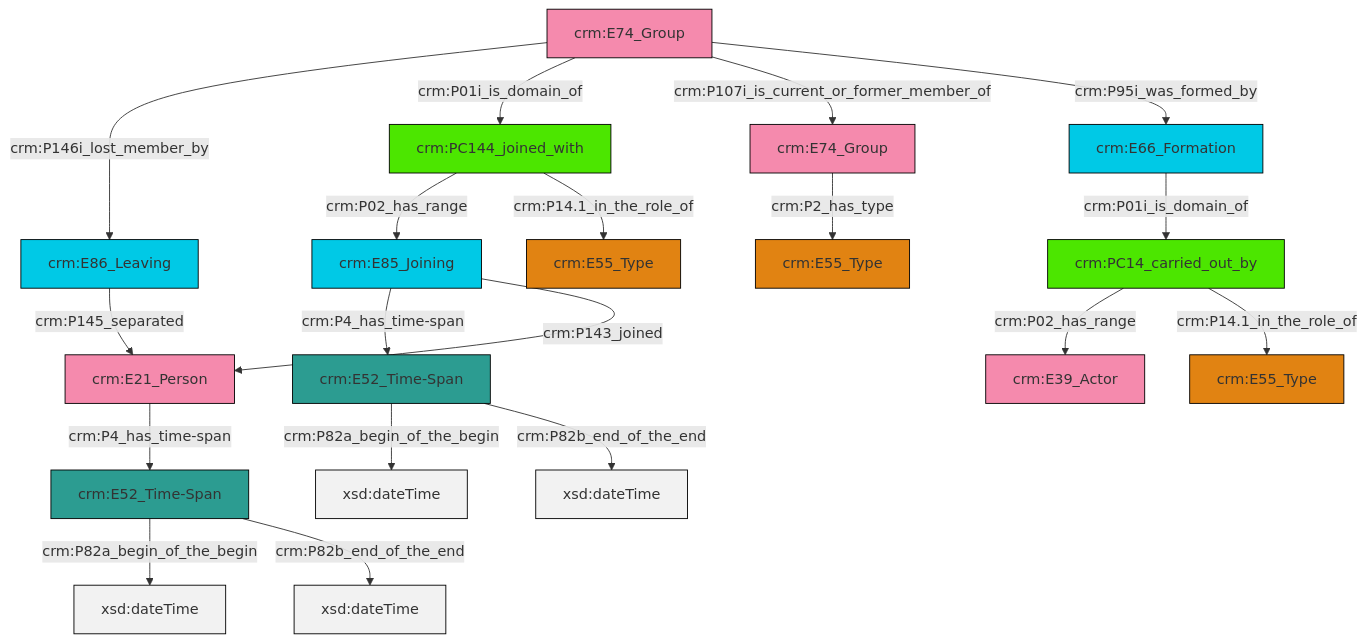
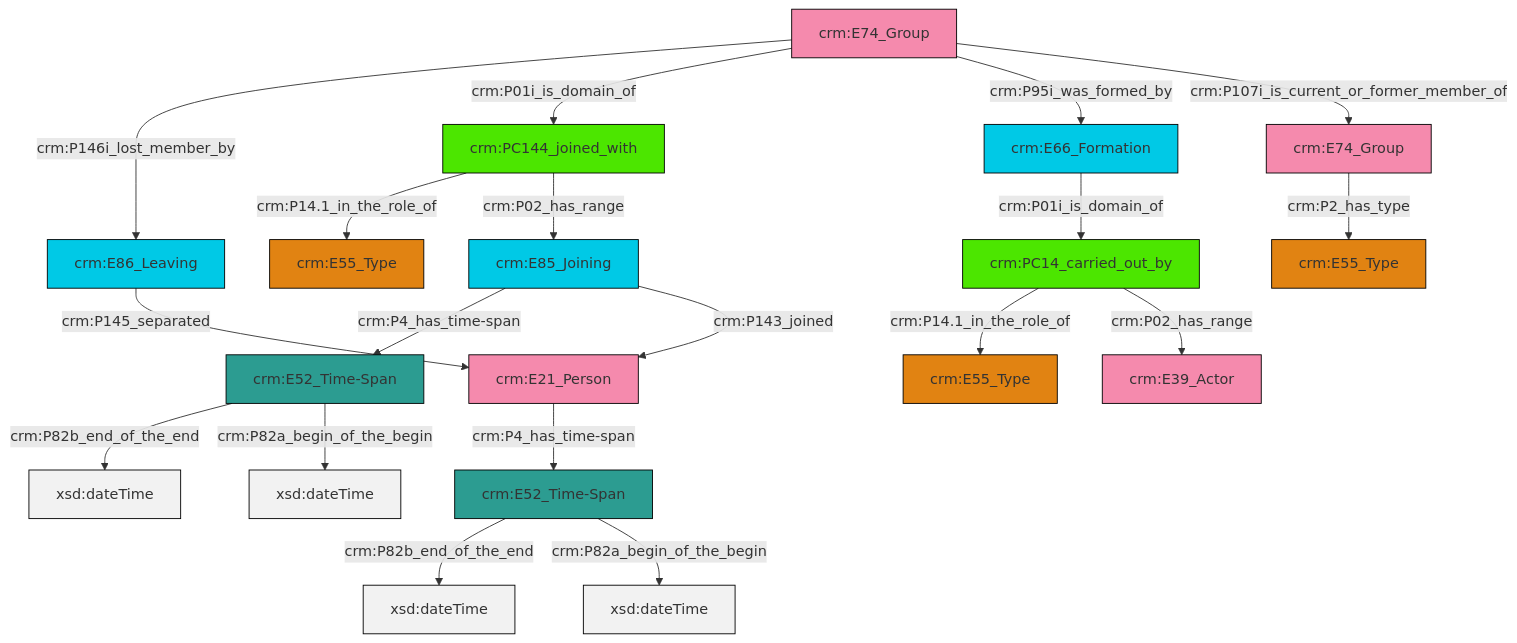
One commit to swiss-art-research-net/docs.swissartresearch changed the diagram in et/groupCSV/ttl/mmd/group_actor_relations.ttl.mmd. Above: the diagram before and after it, drawn with Mermaid. The commit also changed 204 other files, not shown here.

```diff
--- a/et/groupCSV/ttl/mmd/group_actor_relations.ttl.mmd
+++ b/et/groupCSV/ttl/mmd/group_actor_relations.ttl.mmd
@@ -1,33 +1,33 @@
 graph TD
 classDef Literal fill:#f2f2f2,stroke:#000000;
 classDef CRM_Entity fill:#FFFFFF,stroke:#000000;
 classDef Temporal_Entity fill:#00C9E6, stroke:#000000;
 classDef Type fill:#E18312, stroke:#000000;
 classDef Time-Span fill:#2C9C91, stroke:#000000;
 classDef Appellation fill:#FFEB7F, stroke:#000000;
 classDef Place fill:#008836, stroke:#000000;
 classDef Persistent_Item fill:#B266B2, stroke:#000000;
 classDef Conceptual_Object fill:#FFD700, stroke:#000000;
 classDef Physical_Thing fill:#D2B48C, stroke:#000000;
 classDef Actor fill:#f58aad, stroke:#000000;
 classDef PC_Classes fill:#4ce600, stroke:#000000;
 classDef Multi fill:#cccccc,stroke:#000000;
 
-0["crm:E52_Time-Span"]:::Time-Span -->|crm:P82a_begin_of_the_begin| 1[xsd:dateTime]:::Literal
-6["crm:PC144_joined_with"]:::PC_Classes -->|crm:P02_has_range| 7["crm:E85_Joining"]:::Temporal_Entity
-8["crm:E74_Group"]:::Actor -->|crm:P146i_lost_member_by| 9["crm:E86_Leaving"]:::Temporal_Entity
-9["crm:E86_Leaving"]:::Temporal_Entity -->|crm:P145_separated| 10["crm:E21_Person"]:::Actor
-11["crm:PC14_carried_out_by"]:::PC_Classes -->|crm:P02_has_range| 12["crm:E39_Actor"]:::Actor
-11["crm:PC14_carried_out_by"]:::PC_Classes -->|crm:P14.1_in_the_role_of| 13["crm:E55_Type"]:::Type
-16["crm:E52_Time-Span"]:::Time-Span -->|crm:P82a_begin_of_the_begin| 17[xsd:dateTime]:::Literal
-10["crm:E21_Person"]:::Actor -->|crm:P4_has_time-span| 0["crm:E52_Time-Span"]:::Time-Span
-7["crm:E85_Joining"]:::Temporal_Entity -->|crm:P4_has_time-span| 16["crm:E52_Time-Span"]:::Time-Span
-7["crm:E85_Joining"]:::Temporal_Entity -->|crm:P143_joined| 10["crm:E21_Person"]:::Actor
-0["crm:E52_Time-Span"]:::Time-Span -->|crm:P82b_end_of_the_end| 22[xsd:dateTime]:::Literal
-16["crm:E52_Time-Span"]:::Time-Span -->|crm:P82b_end_of_the_end| 26[xsd:dateTime]:::Literal
-2["crm:E74_Group"]:::Actor -->|crm:P2_has_type| 14["crm:E55_Type"]:::Type
-8["crm:E74_Group"]:::Actor -->|crm:P01i_is_domain_of| 6["crm:PC144_joined_with"]:::PC_Classes
-8["crm:E74_Group"]:::Actor -->|crm:P107i_is_current_or_former_member_of| 2["crm:E74_Group"]:::Actor
-4["crm:E66_Formation"]:::Temporal_Entity -->|crm:P01i_is_domain_of| 11["crm:PC14_carried_out_by"]:::PC_Classes
-8["crm:E74_Group"]:::Actor -->|crm:P95i_was_formed_by| 4["crm:E66_Formation"]:::Temporal_Entity
-6["crm:PC144_joined_with"]:::PC_Classes -->|crm:P14.1_in_the_role_of| 23["crm:E55_Type"]:::Type
+2["crm:E52_Time-Span"]:::Time-Span -->|crm:P82b_end_of_the_end| 3[xsd:dateTime]:::Literal
+4["crm:E86_Leaving"]:::Temporal_Entity -->|crm:P145_separated| 5["crm:E21_Person"]:::Actor
+10["crm:E66_Formation"]:::Temporal_Entity -->|crm:P01i_is_domain_of| 8["crm:PC14_carried_out_by"]:::PC_Classes
+8["crm:PC14_carried_out_by"]:::PC_Classes -->|crm:P14.1_in_the_role_of| 11["crm:E55_Type"]:::Type
+6["crm:E74_Group"]:::Actor -->|crm:P146i_lost_member_by| 4["crm:E86_Leaving"]:::Temporal_Entity
+8["crm:PC14_carried_out_by"]:::PC_Classes -->|crm:P02_has_range| 13["crm:E39_Actor"]:::Actor
+15["crm:PC144_joined_with"]:::PC_Classes -->|crm:P14.1_in_the_role_of| 16["crm:E55_Type"]:::Type
+15["crm:PC144_joined_with"]:::PC_Classes -->|crm:P02_has_range| 17["crm:E85_Joining"]:::Temporal_Entity
+17["crm:E85_Joining"]:::Temporal_Entity -->|crm:P4_has_time-span| 2["crm:E52_Time-Span"]:::Time-Span
+6["crm:E74_Group"]:::Actor -->|crm:P01i_is_domain_of| 15["crm:PC144_joined_with"]:::PC_Classes
+20["crm:E52_Time-Span"]:::Time-Span -->|crm:P82b_end_of_the_end| 21[xsd:dateTime]:::Literal
+6["crm:E74_Group"]:::Actor -->|crm:P95i_was_formed_by| 10["crm:E66_Formation"]:::Temporal_Entity
+0["crm:E74_Group"]:::Actor -->|crm:P2_has_type| 28["crm:E55_Type"]:::Type
+5["crm:E21_Person"]:::Actor -->|crm:P4_has_time-span| 20["crm:E52_Time-Span"]:::Time-Span
+2["crm:E52_Time-Span"]:::Time-Span -->|crm:P82a_begin_of_the_begin| 29[xsd:dateTime]:::Literal
+20["crm:E52_Time-Span"]:::Time-Span -->|crm:P82a_begin_of_the_begin| 31[xsd:dateTime]:::Literal
+6["crm:E74_Group"]:::Actor -->|crm:P107i_is_current_or_former_member_of| 0["crm:E74_Group"]:::Actor
+17["crm:E85_Joining"]:::Temporal_Entity -->|crm:P143_joined| 5["crm:E21_Person"]:::Actor
```
